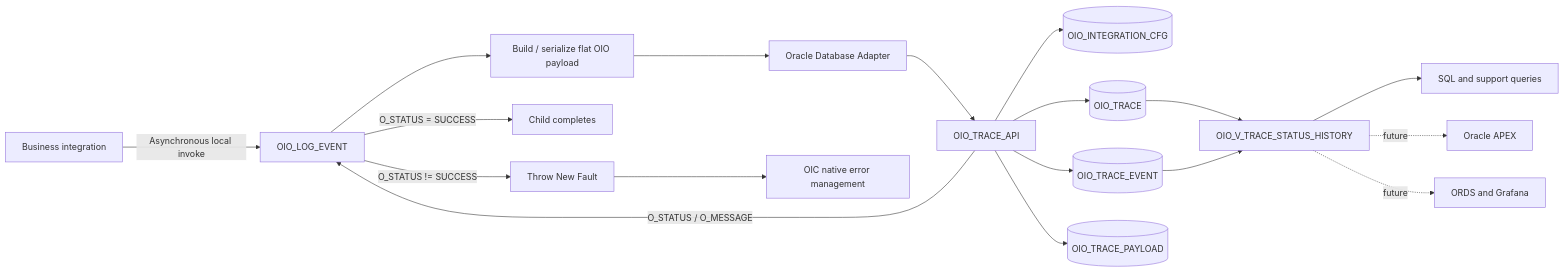
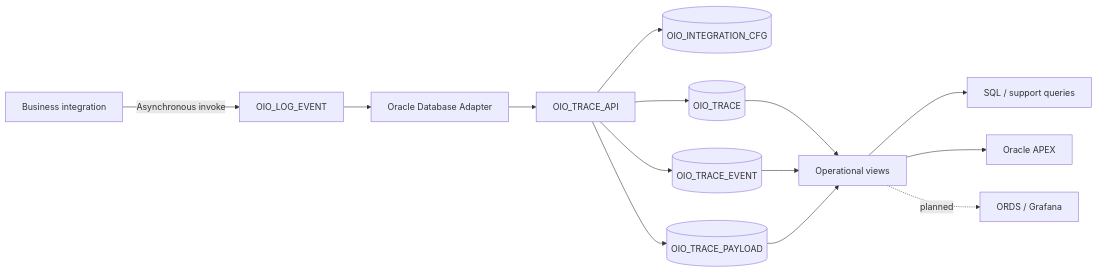
Before and after one commit to lucianosilva/oracle-integration-observability: the first of 4 diagrams in docs/architecture.md, drawn with Mermaid. The commit also changed other lines of this file and 4 other files, not shown here.

````diff
--- a/docs/architecture.md
+++ b/docs/architecture.md
@@ -83,23 +52,19 @@
 ```mermaid
 flowchart LR
-    A[Business integration] -->|Asynchronous local invoke| B[OIO_LOG_EVENT]
-    B --> C[Build / serialize flat OIO payload]
-    C --> D[Oracle Database Adapter]
-    D --> E[OIO_TRACE_API]
+    A[Business integration] -->|Asynchronous invoke| B[OIO_LOG_EVENT]
+    B --> C[Oracle Database Adapter]
+    C --> D[OIO_TRACE_API]
 
-    E --> F[(OIO_INTEGRATION_CFG)]
-    E --> G[(OIO_TRACE)]
-    E --> H[(OIO_TRACE_EVENT)]
-    E --> I[(OIO_TRACE_PAYLOAD)]
+    D --> E[(OIO_INTEGRATION_CFG)]
+    D --> F[(OIO_TRACE)]
+    D --> G[(OIO_TRACE_EVENT)]
+    D --> H[(OIO_TRACE_PAYLOAD)]
 
-    E -->|O_STATUS / O_MESSAGE| B
-    B -->|O_STATUS = SUCCESS| J[Child completes]
-    B -->|O_STATUS != SUCCESS| K[Throw New Fault]
-    K --> L[OIC native error management]
+    F --> I[Operational views]
+    G --> I
+    H --> I
 
-    G --> M[OIO_V_TRACE_STATUS_HISTORY]
-    H --> M
-    M --> N[SQL and support queries]
-    M -. future .-> O[Oracle APEX]
-    M -. future .-> P[ORDS and Grafana]
+    I --> J[SQL / support queries]
+    I --> K[Oracle APEX]
+    I -. planned .-> L[ORDS / Grafana]
 ```
````
